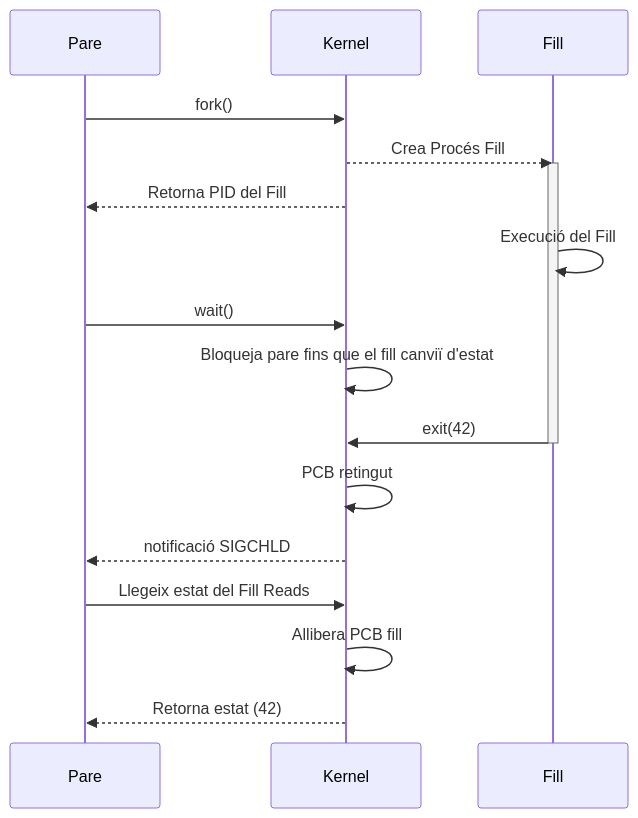
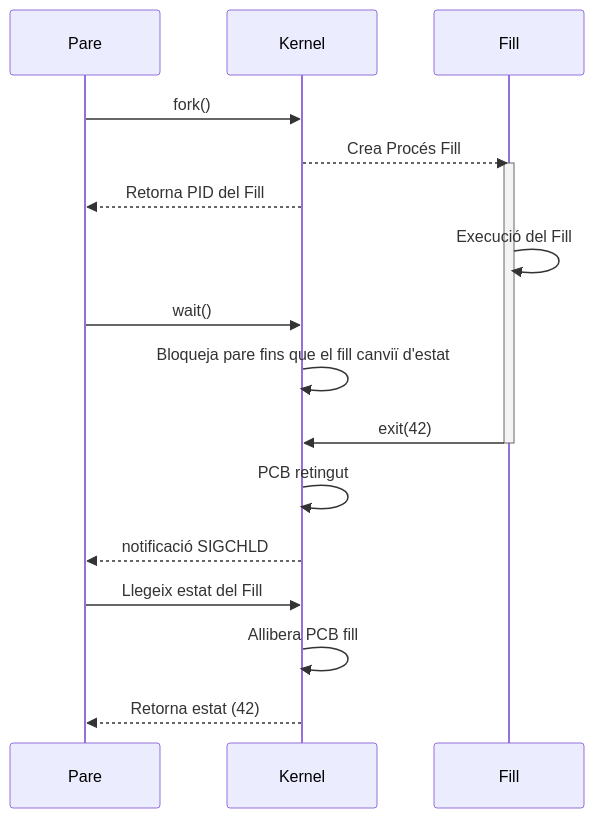
The sixth of 11 diagrams in blocs/02-proc/teoria/02-create.qmd (SO-UdL-EpS/course-site-igualada), drawn with Mermaid before and after one commit. The commit also changed other lines of this file and 54 other files, not shown here.

````diff
--- a/blocs/02-proc/teoria/02-create.qmd
+++ b/blocs/02-proc/teoria/02-create.qmd
@@ -456,21 +458,21 @@
 ```{mermaid}
 %%| echo: false
 sequenceDiagram
     participant P as Pare
     participant K as Kernel
     participant C as Fill
     P->>K: fork()
     K-->>C: Crea Procés Fill
     activate C
     K-->>P: Retorna PID del Fill
     C->>C: Execució del Fill
     P->>K: wait()
     K->>K: Bloqueja pare fins que el fill canviï d'estat
     C->>K: exit(42)
     deactivate C
     K->>K: PCB retingut 
     K-->>P: notificació SIGCHLD
-    P->>K: Llegeix estat del Fill Reads
+    P->>K: Llegeix estat del Fill
     K->>K: Allibera PCB fill
     K-->>P: Retorna estat (42)
 ```
````
